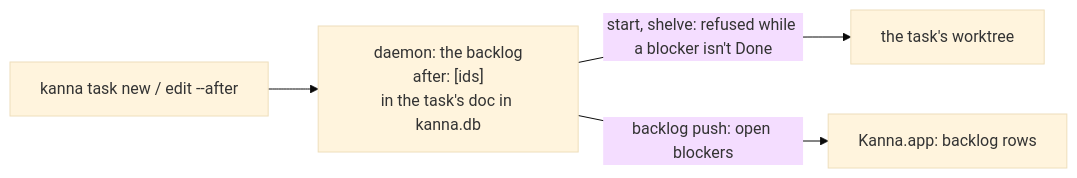
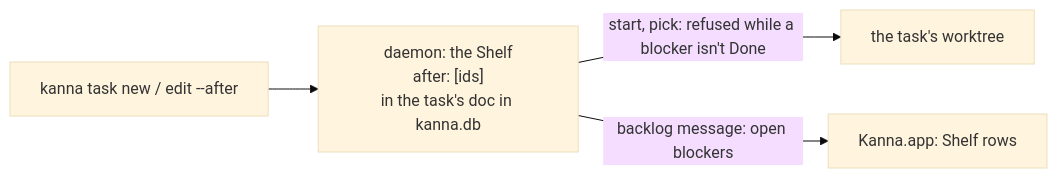
One commit to tampopogk/kanna changed the second of 2 diagrams in docs/specs/task-dependencies.md. Above: the diagram before and after it, drawn with Mermaid (base theme). The commit also changed other lines of this file and 51 other files, not shown here.

Commit message:
Specs: Desk and Shelf, the Desk view, pick, shelve, activate, park; backlog-runners → shelf-runners, backlog-search → shelf-search, shelve-latency → move-to-desk-latency

````diff
--- a/docs/specs/task-dependencies.md
+++ b/docs/specs/task-dependencies.md
@@ -54,6 +54,6 @@
 ```mermaid
 flowchart LR
-    CLI["kanna task new / edit --after"] --> D["daemon: the backlog<br/>after: [ids]<br/>in the task's doc in kanna.db"]
-    D -->|"start, shelve: refused while a blocker isn't Done"| W["the task's worktree"]
-    D -->|"backlog push: open blockers"| APP["Kanna.app: backlog rows"]
+    CLI["kanna task new / edit --after"] --> D["daemon: the Shelf<br/>after: [ids]<br/>in the task's doc in kanna.db"]
+    D -->|"start, pick: refused while a blocker isn't Done"| W["the task's worktree"]
+    D -->|"backlog message: open blockers"| APP["Kanna.app: Shelf rows"]
 ```
````
